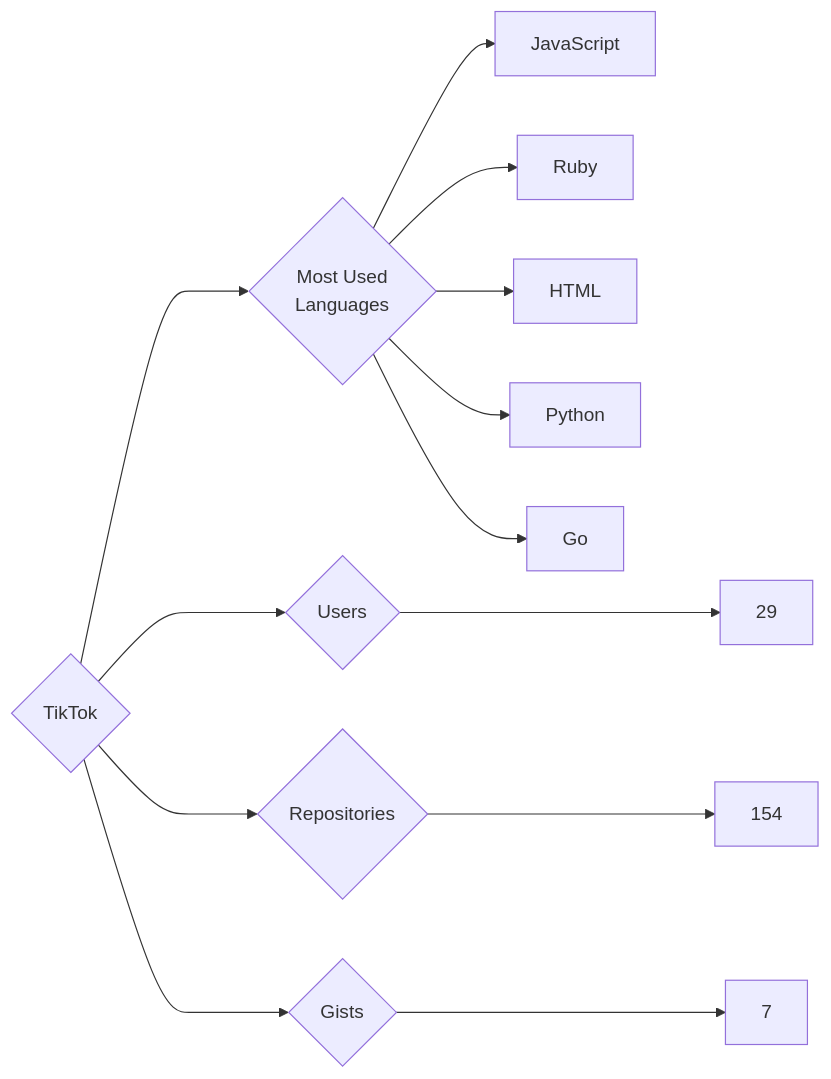
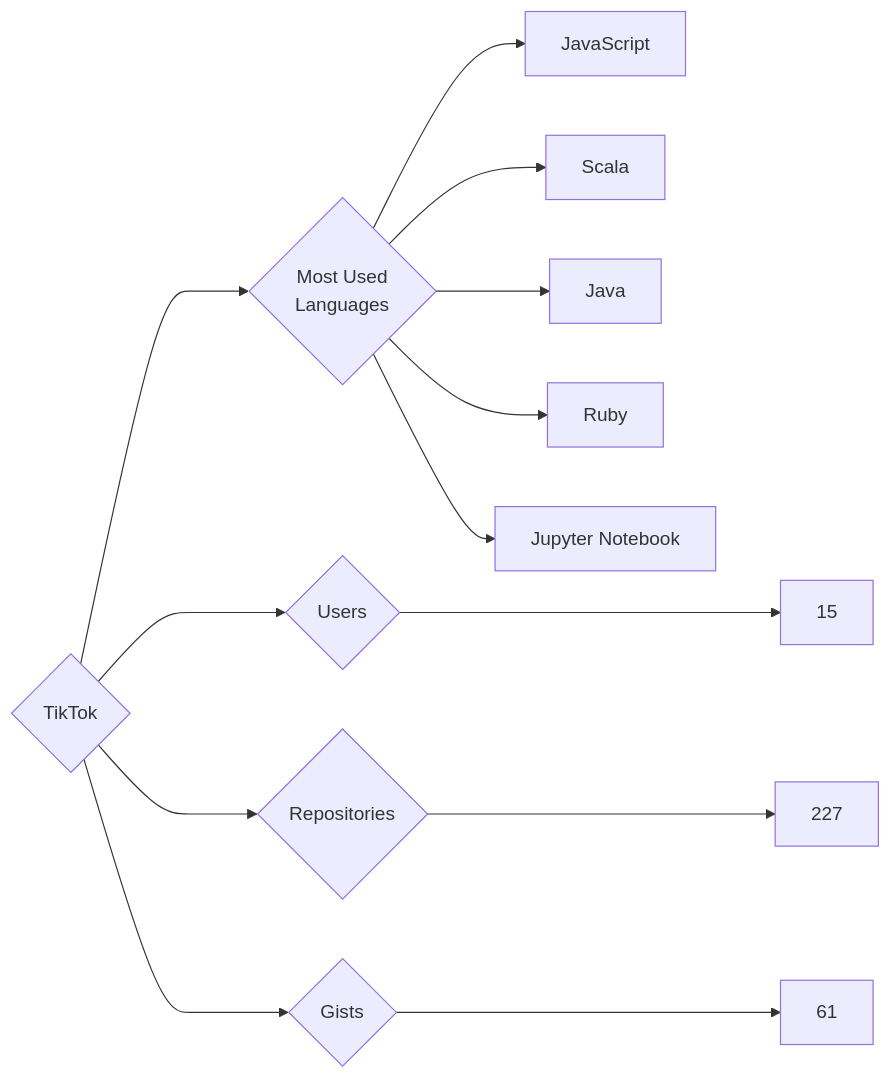
The diagram in targets/TikTok/README.md (trickest/insiders), drawn with Mermaid before and after one commit. The commit also changed 829 other files, not shown here.

````diff
--- a/targets/TikTok/README.md
+++ b/targets/TikTok/README.md
@@ -3,13 +3,13 @@
 ```mermaid
 graph LR
 COMPANY_NAME{TikTok}
-COMPANY_NAME ---> U{Users} ---> UN[29]
-COMPANY_NAME ---> R{Repositories} ---> RN[154]
-COMPANY_NAME ---> G{Gists} ---> GN[7]
+COMPANY_NAME ---> U{Users} ---> UN[15]
+COMPANY_NAME ---> R{Repositories} ---> RN[227]
+COMPANY_NAME ---> G{Gists} ---> GN[61]
 COMPANY_NAME ---> ML{Most Used<br>Languages}
 ML --> JavaScript[JavaScript]
+ML --> Scala[Scala]
+ML --> Java[Java]
 ML --> Ruby[Ruby]
-ML --> HTML[HTML]
-ML --> Python[Python]
-ML --> Go[Go]
+ML --> Jupyter_Notebook[Jupyter Notebook]
 ```
````
